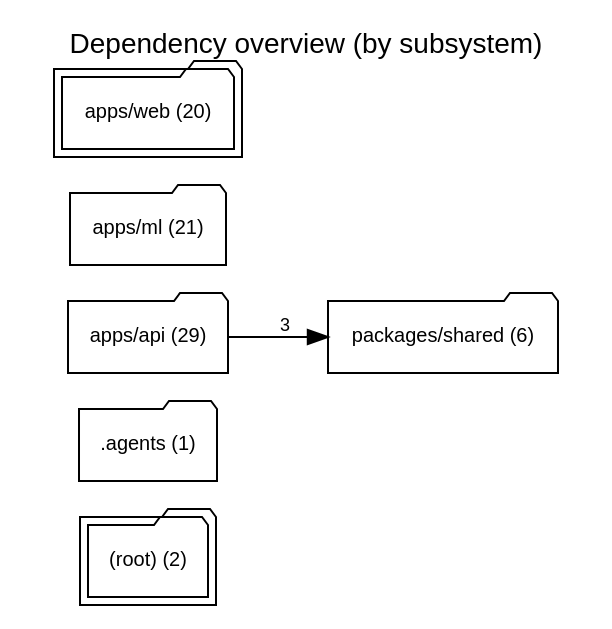
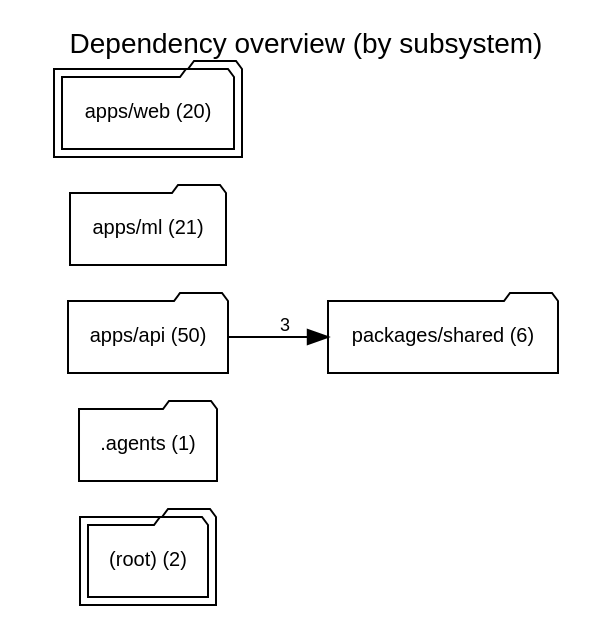
Before and after one commit to ErdemYy/NetSentry: the diagram in .ai/graph/graph.dot, drawn with Graphviz. The commit also changed 63 other files, not shown here.

```diff
--- a/.ai/graph/graph.dot
+++ b/.ai/graph/graph.dot
@@ -1,13 +1,13 @@
 digraph "project_intel" {
   graph [rankdir=LR, fontname="Helvetica", labelloc=t, label="Dependency overview (by subsystem)"];
   node [shape=box, fontname="Helvetica", fontsize=10];
   edge [fontname="Helvetica", fontsize=9];
-  // 79 files exceed maxNodes (60); showing subsystems. Use --view subsystem --target <path> for detail; graph.json has the full graph.
+  // 100 files exceed maxNodes (60); showing subsystems. Use --view subsystem --target <path> for detail; graph.json has the full graph.
   nc446879c [label="(root) (2)", shape=folder, peripheries=2];
   n304f8618 [label=".agents (1)", shape=folder];
-  n36245fac [label="apps/api (29)", shape=folder];
+  n36245fac [label="apps/api (50)", shape=folder];
   n3b7669be [label="apps/ml (21)", shape=folder];
   ne97c5dd0 [label="apps/web (20)", shape=folder, peripheries=2];
   n21f228d0 [label="packages/shared (6)", shape=folder];
   n36245fac -> n21f228d0 [label="3"];
 }
```
